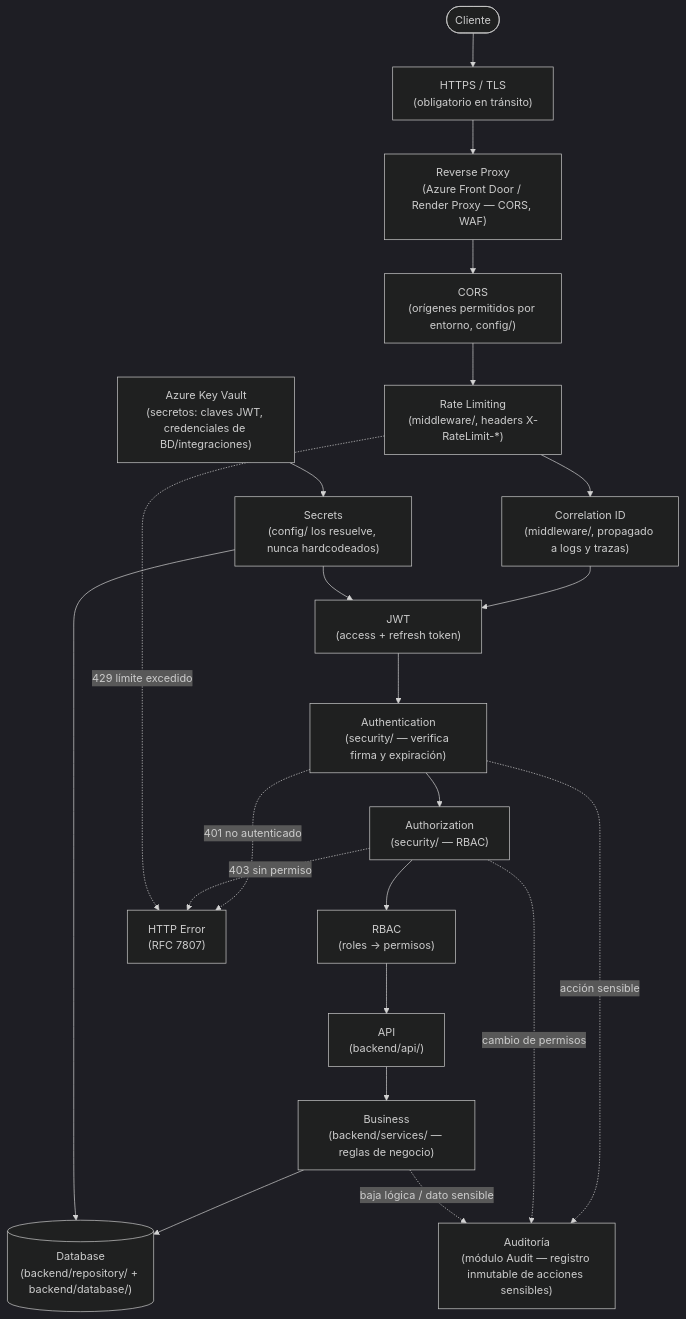
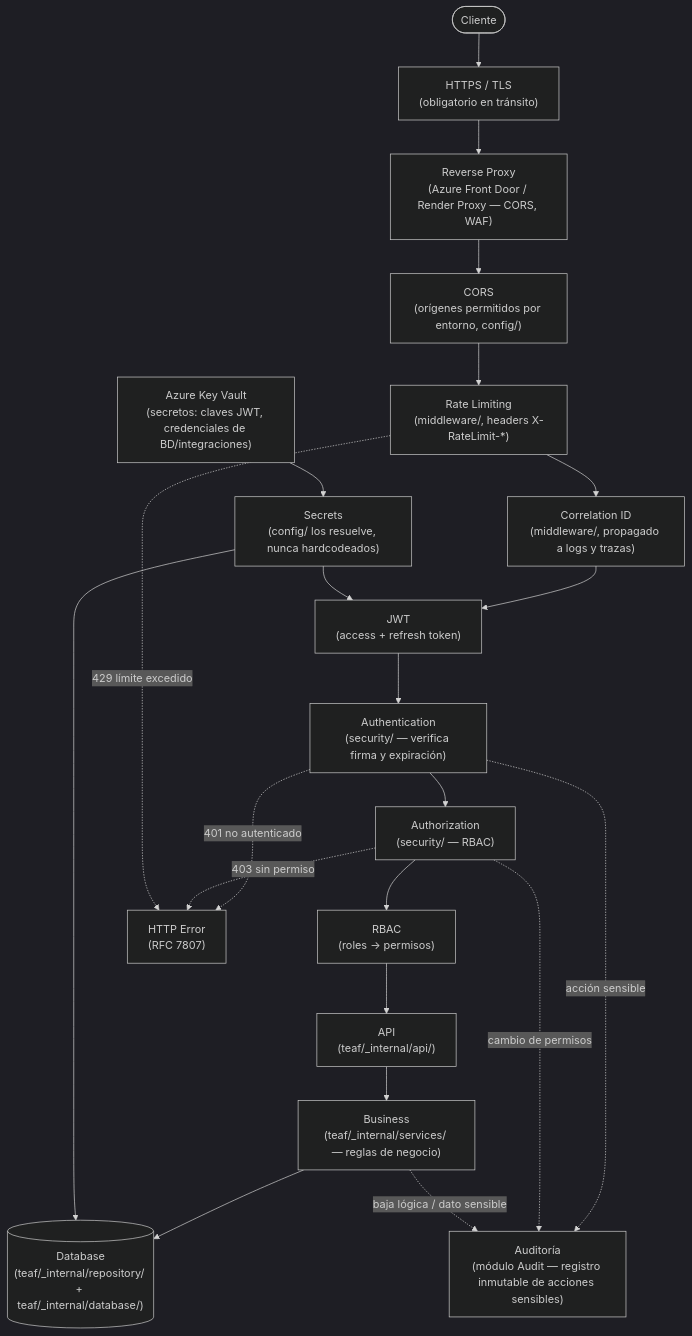
One commit to jesuscampam/torus-enterprise-framework changed the diagram in docs/diagrams/security-architecture.mmd. Above: the diagram before and after it, drawn with Mermaid (dark theme). The commit also changed 326 other files, not shown here.

```diff
--- a/docs/diagrams/security-architecture.mmd
+++ b/docs/diagrams/security-architecture.mmd
@@ -1,39 +1,39 @@
 %% TEAF — Arquitectura de seguridad
 %% Solo arquitectura: no implementa nada, describe el recorrido de seguridad
 %% que ya exige docs/standards/SECURITY-STANDARD.md.
 %% Referenciado desde FRAMEWORK-BLUEPRINT.md, sección 3/11.
 flowchart TD
     CLIENT(["Cliente"])
     HTTPS["HTTPS / TLS\n(obligatorio en tránsito)"]
     PROXY["Reverse Proxy\n(Azure Front Door / Render Proxy — CORS, WAF)"]
     CORS["CORS\n(orígenes permitidos por entorno, config/)"]
     RATE["Rate Limiting\n(middleware/, headers X-RateLimit-*)"]
     CORR["Correlation ID\n(middleware/, propagado a logs y trazas)"]
     JWT["JWT\n(access + refresh token)"]
     AUTHN["Authentication\n(security/ — verifica firma y expiración)"]
     AUTHZ["Authorization\n(security/ — RBAC)"]
     RBAC["RBAC\n(roles → permisos)"]
-    API["API\n(backend/api/)"]
-    BUSINESS["Business\n(backend/services/ — reglas de negocio)"]
-    DB[("Database\n(backend/repository/ + backend/database/)")]
+    API["API\n(teaf/_internal/api/)"]
+    BUSINESS["Business\n(teaf/_internal/services/ — reglas de negocio)"]
+    DB[("Database\n(teaf/_internal/repository/ + teaf/_internal/database/)")]
     AUDIT["Auditoría\n(módulo Audit — registro inmutable de acciones sensibles)"]
     KV["Azure Key Vault\n(secretos: claves JWT, credenciales de BD/integraciones)"]
     SECRETS["Secrets\n(config/ los resuelve, nunca hardcodeados)"]
 
     CLIENT --> HTTPS --> PROXY --> CORS --> RATE --> CORR --> JWT
     JWT --> AUTHN --> AUTHZ --> RBAC --> API --> BUSINESS --> DB
 
     KV --> SECRETS --> JWT
     SECRETS --> DB
 
     AUTHN -.->|"acción sensible"| AUDIT
     AUTHZ -.->|"cambio de permisos"| AUDIT
     BUSINESS -.->|"baja lógica / dato sensible"| AUDIT
 
     AUTHN -.->|"401 no autenticado"| DENY["HTTP Error\n(RFC 7807)"]
     AUTHZ -.->|"403 sin permiso"| DENY
     RATE -.->|"429 límite excedido"| DENY
 
     %% Todo secreto se resuelve vía config/ desde Key Vault — nunca en el código
     %% (ver SECURITY-STANDARD.md, sección 3). El correlation-id generado aquí es
     %% el mismo que documenta LOGGING-STANDARD.md.
```
